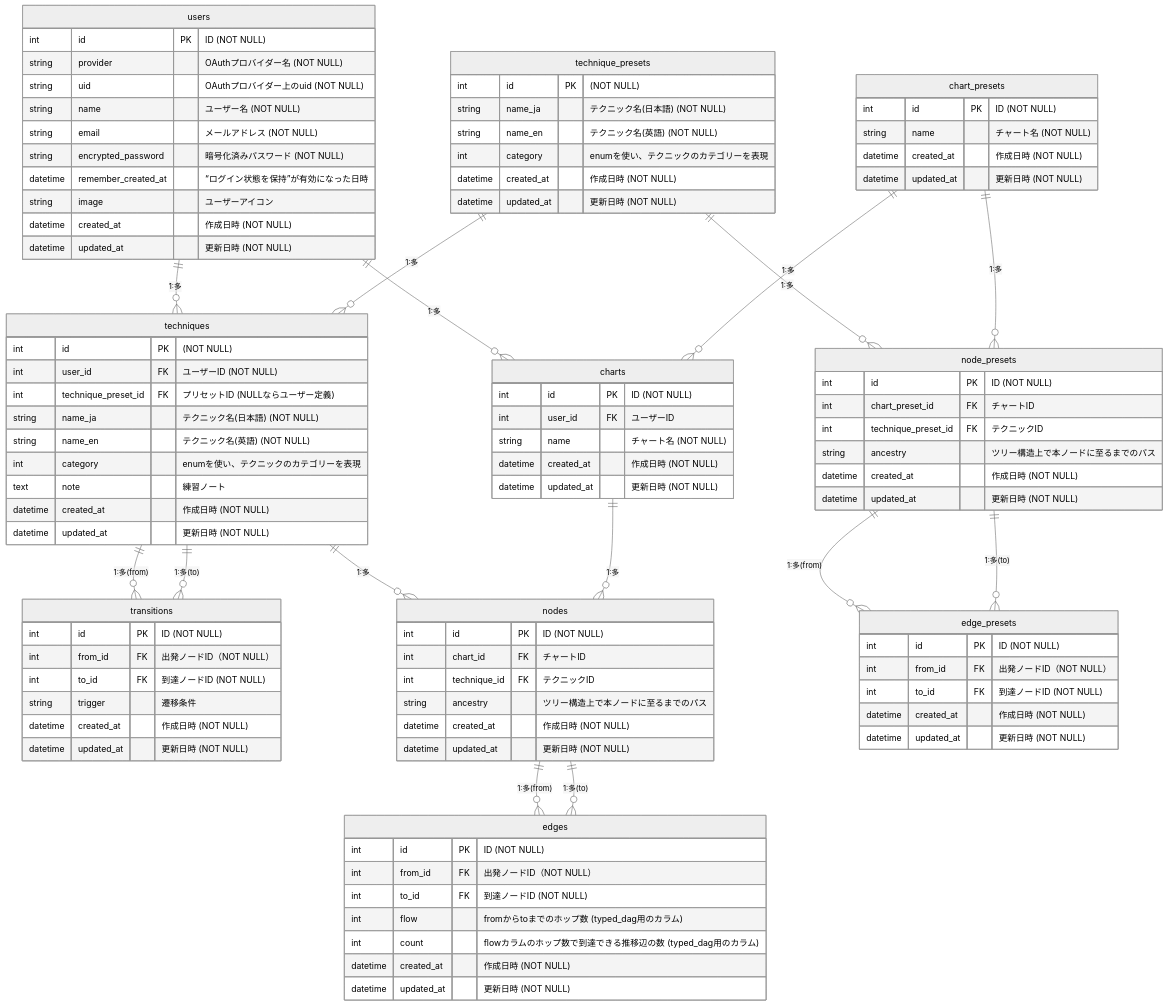
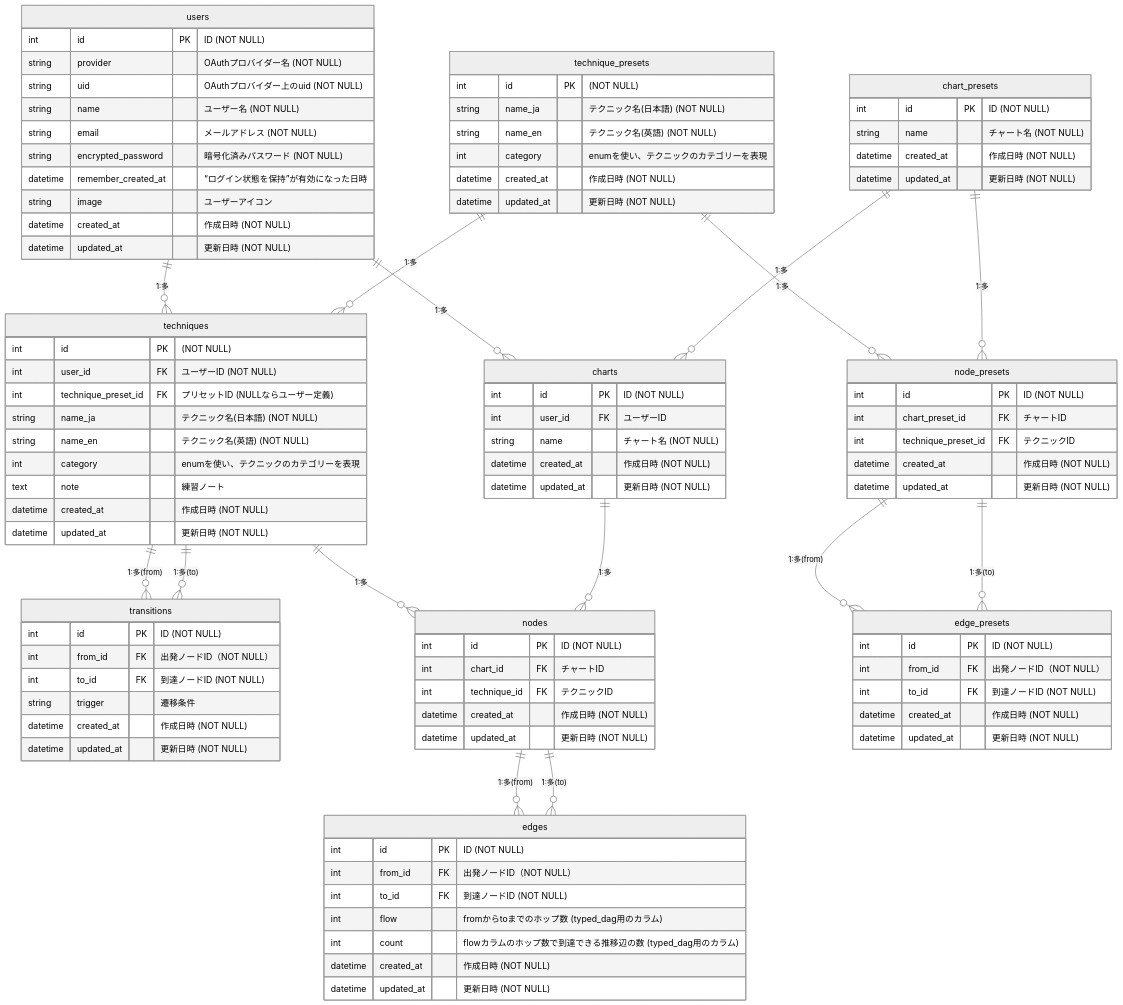
The diagram in README.md (m-deura/bjj_flow_tracker), drawn with Mermaid (neutral theme) before and after one commit.

Commit message:
remove: ER図からancestry関連のカラムを削除

```diff
--- a/README.md
+++ b/README.md
@@ -155,7 +155,6 @@
     int id PK "ID (NOT NULL)"
     int chart_id FK "チャートID"
     int technique_id FK "テクニックID"
-    string ancestry "ツリー構造上で本ノードに至るまでのパス"
     datetime created_at "作成日時 (NOT NULL)"
     datetime updated_at "更新日時 (NOT NULL)"
   }
@@ -164,7 +163,6 @@
     int id PK "ID (NOT NULL)"
     int chart_preset_id FK "チャートID"
     int technique_preset_id FK "テクニックID"
-    string ancestry "ツリー構造上で本ノードに至るまでのパス"
     datetime created_at "作成日時 (NOT NULL)"
     datetime updated_at "更新日時 (NOT NULL)"
   }
```
